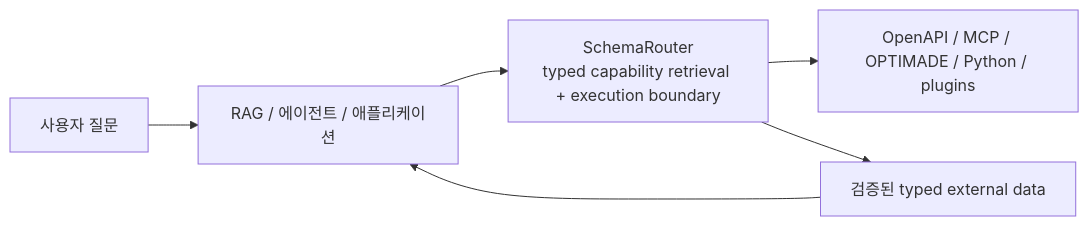
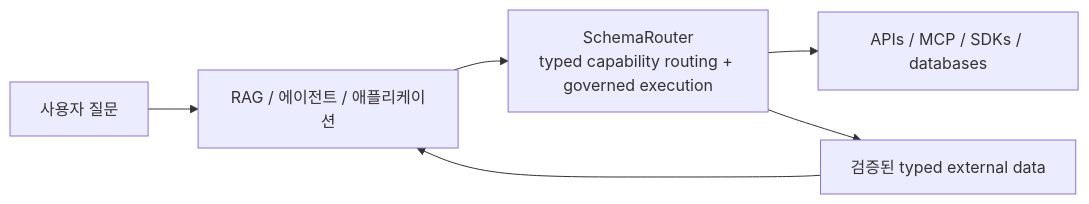
The diagram in docs_ko/index.md (JDeun/SchemaRouter), drawn with Mermaid before and after one commit. The commit also changed other lines of this file, not shown here.

````diff
--- a/docs_ko/index.md
+++ b/docs_ko/index.md
@@ -76,8 +75,8 @@
 ```mermaid
 flowchart LR
     Q["사용자 질문"] --> A["RAG / 에이전트 / 애플리케이션"]
-    A --> SR["SchemaRouter<br/>typed capability retrieval + execution boundary"]
-    SR --> T["OpenAPI / MCP / OPTIMADE / Python / plugins"]
+    A --> SR["SchemaRouter<br/>typed capability routing + governed execution"]
+    SR --> T["APIs / MCP / SDKs / databases"]
     SR --> D["검증된 typed external data"]
     D --> A
 ```
````
